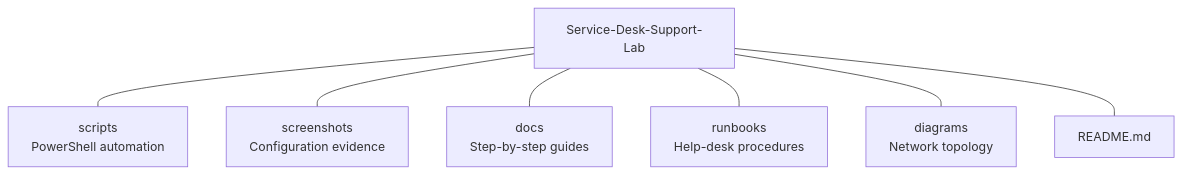
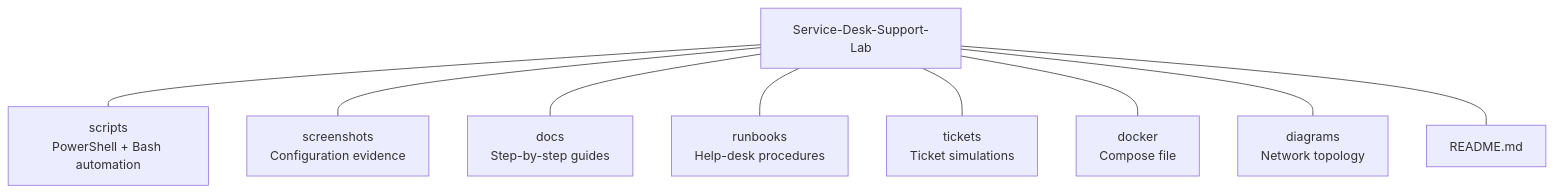
Before and after one commit to Ofendor/Service-Desk-Support-Lab: the first of 2 diagrams in README.md, drawn with Mermaid. The commit also changed other lines of this file, not shown here.

Commit message:
Update README.md to clarify VM configurations and enhance documentation for osTicket health checks

````diff
--- a/README.md
+++ b/README.md
@@ -71,9 +70,11 @@
 ```mermaid
 graph TD
-    ROOT[Service-Desk-Support-Lab] --- SCRIPTS[scripts<br>PowerShell automation]
+    ROOT[Service-Desk-Support-Lab] --- SCRIPTS[scripts<br>PowerShell + Bash automation]
     ROOT --- SHOTS[screenshots<br>Configuration evidence]
     ROOT --- DOCS[docs<br>Step-by-step guides]
     ROOT --- BOOKS[runbooks<br>Help-desk procedures]
+    ROOT --- TICKETS[tickets<br>Ticket simulations]
+    ROOT --- DOCKER[docker<br>Compose file]
     ROOT --- DIAG[diagrams<br>Network topology]
     ROOT --- README[README.md]
 ```
````
